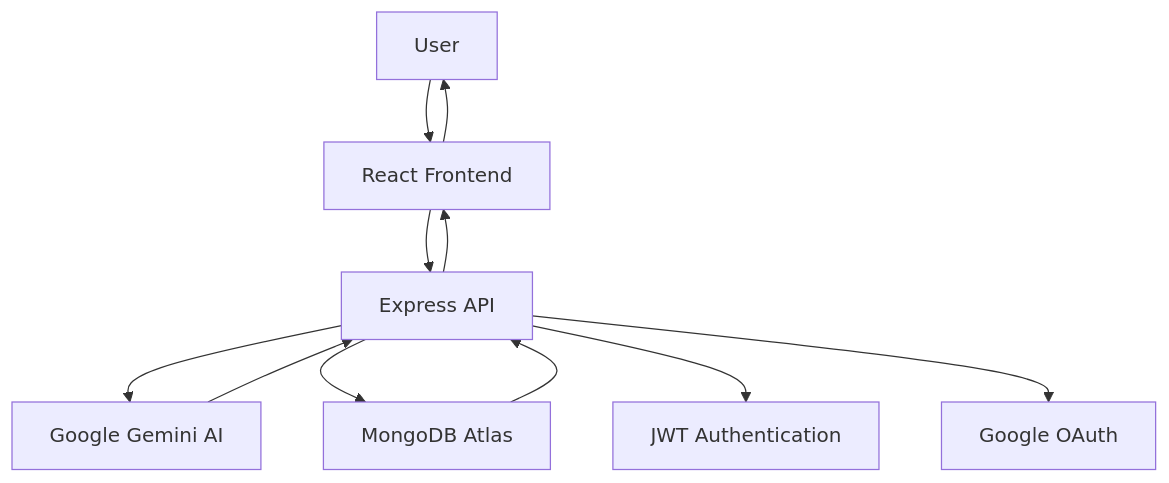
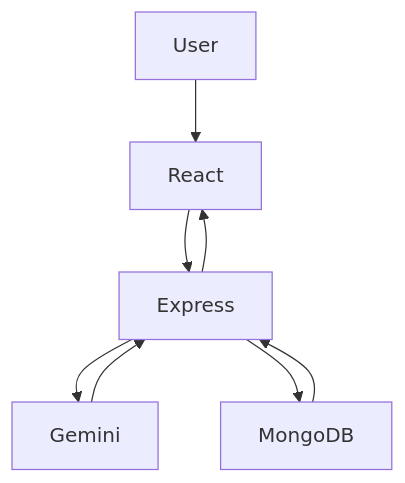
One commit to Peethambari123/AI-Debate-Arena2 changed the first of 2 diagrams in README.md. Above: the diagram before and after it, drawn with Mermaid. The commit also changed other lines of this file, not shown here.

````diff
--- a/README.md
+++ b/README.md
@@ -375,25 +102,17 @@
 ```mermaid
 graph TD
 
-A[User]
+User --> React
 
-A --> B[React Frontend]
+React --> Express
 
-B --> C[Express API]
+Express --> Gemini
 
-C --> D[Google Gemini AI]
+Express --> MongoDB
 
-C --> E[MongoDB Atlas]
+MongoDB --> Express
 
-C --> F[JWT Authentication]
+Gemini --> Express
 
-C --> G[Google OAuth]
-
-E --> C
-
-D --> C
-
-C --> B
-
-B --> A
+Express --> React
 ```
````
